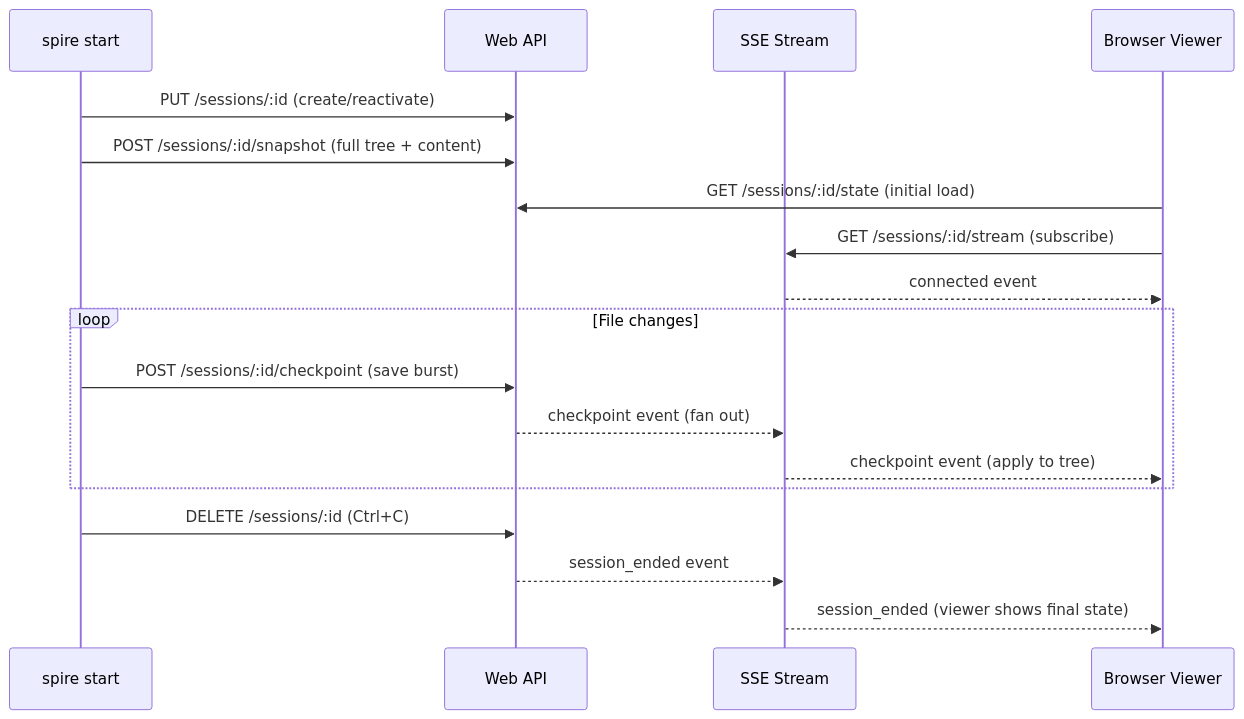
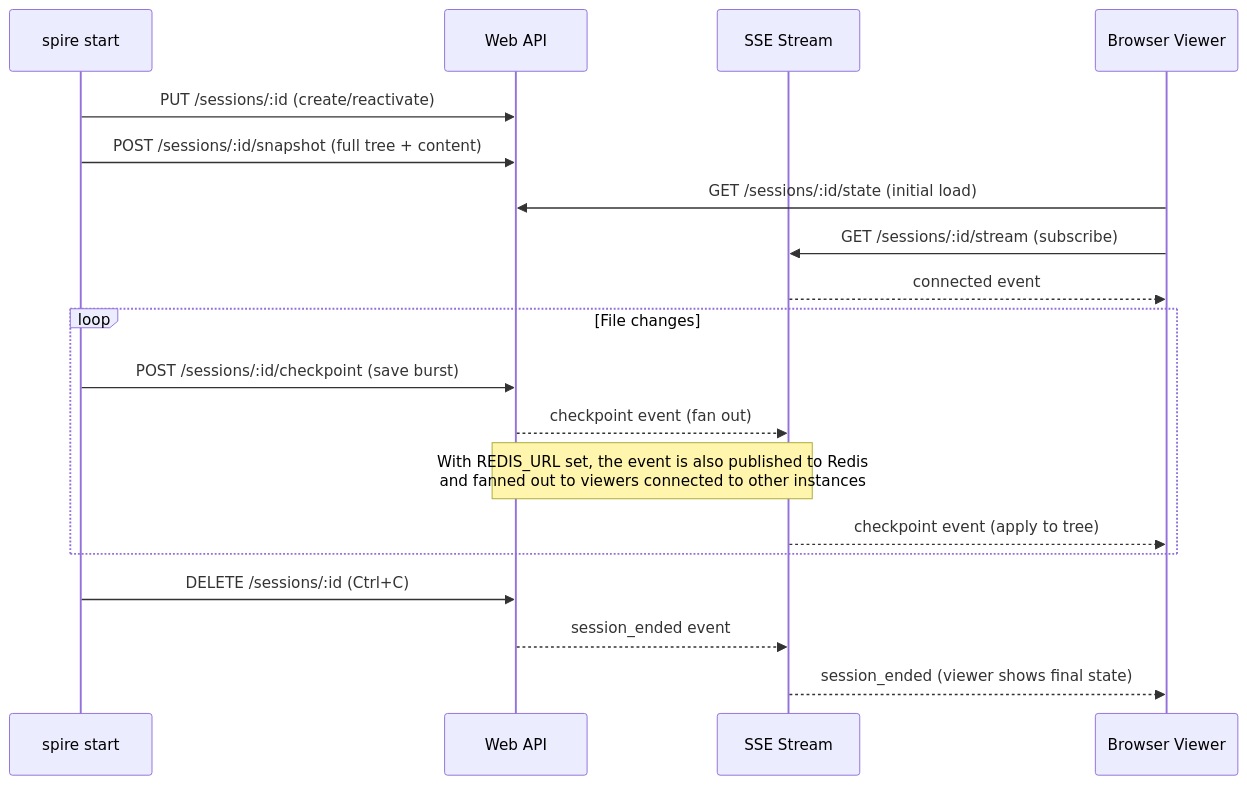
The second of 2 diagrams in README.md (ZenshiLabs/spire), drawn with Mermaid before and after one commit. The commit also changed other lines of this file and 1 other file, not shown here.

Commit message:
docs: document optional Redis layer in READMEs

````diff
--- a/README.md
+++ b/README.md
@@ -46,23 +50,24 @@
 ```mermaid
 sequenceDiagram
     participant CLI as spire start
     participant API as Web API
     participant SSE as SSE Stream
     participant V as Browser Viewer
 
     CLI->>API: PUT /sessions/:id (create/reactivate)
     CLI->>API: POST /sessions/:id/snapshot (full tree + content)
     V->>API: GET /sessions/:id/state (initial load)
     V->>SSE: GET /sessions/:id/stream (subscribe)
     SSE-->>V: connected event
 
     loop File changes
         CLI->>API: POST /sessions/:id/checkpoint (save burst)
         API-->>SSE: checkpoint event (fan out)
+        Note over API,SSE: With REDIS_URL set, the event is also published to Redis<br/>and fanned out to viewers connected to other instances
         SSE-->>V: checkpoint event (apply to tree)
     end
 
     CLI->>API: DELETE /sessions/:id (Ctrl+C)
     API-->>SSE: session_ended event
     SSE-->>V: session_ended (viewer shows final state)
 ```
````
